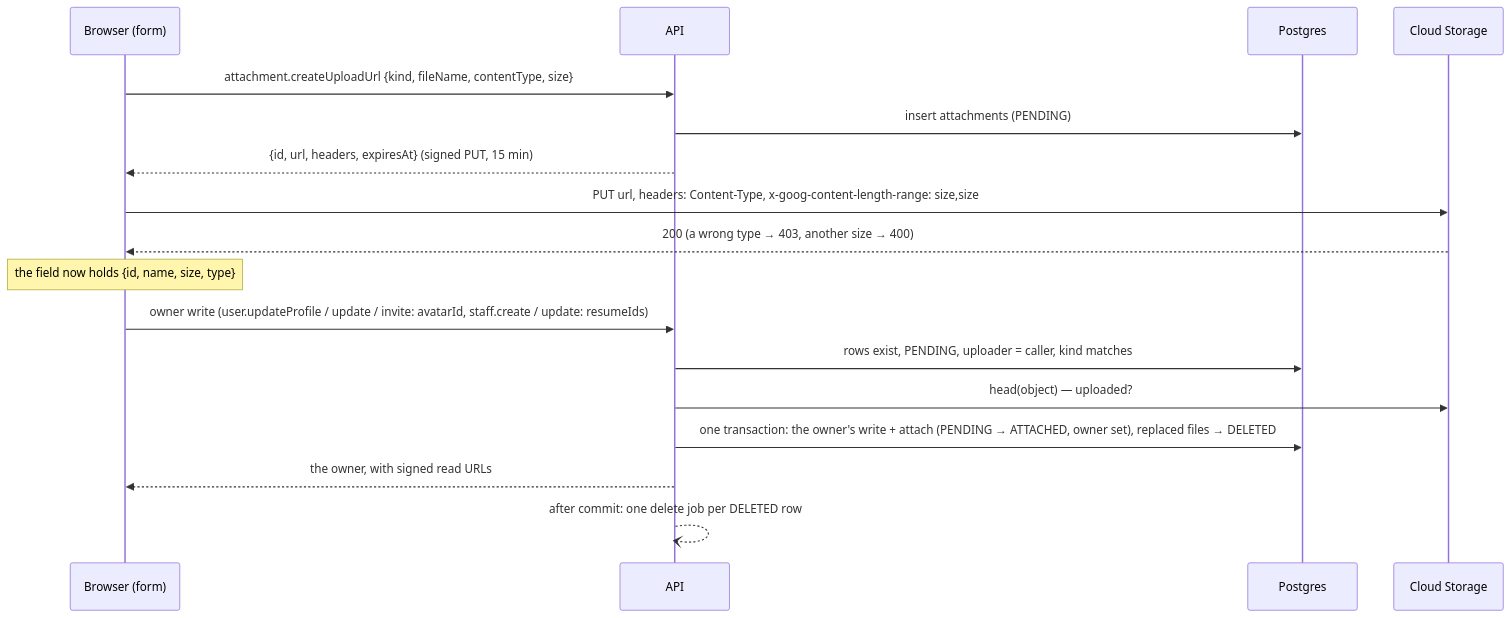
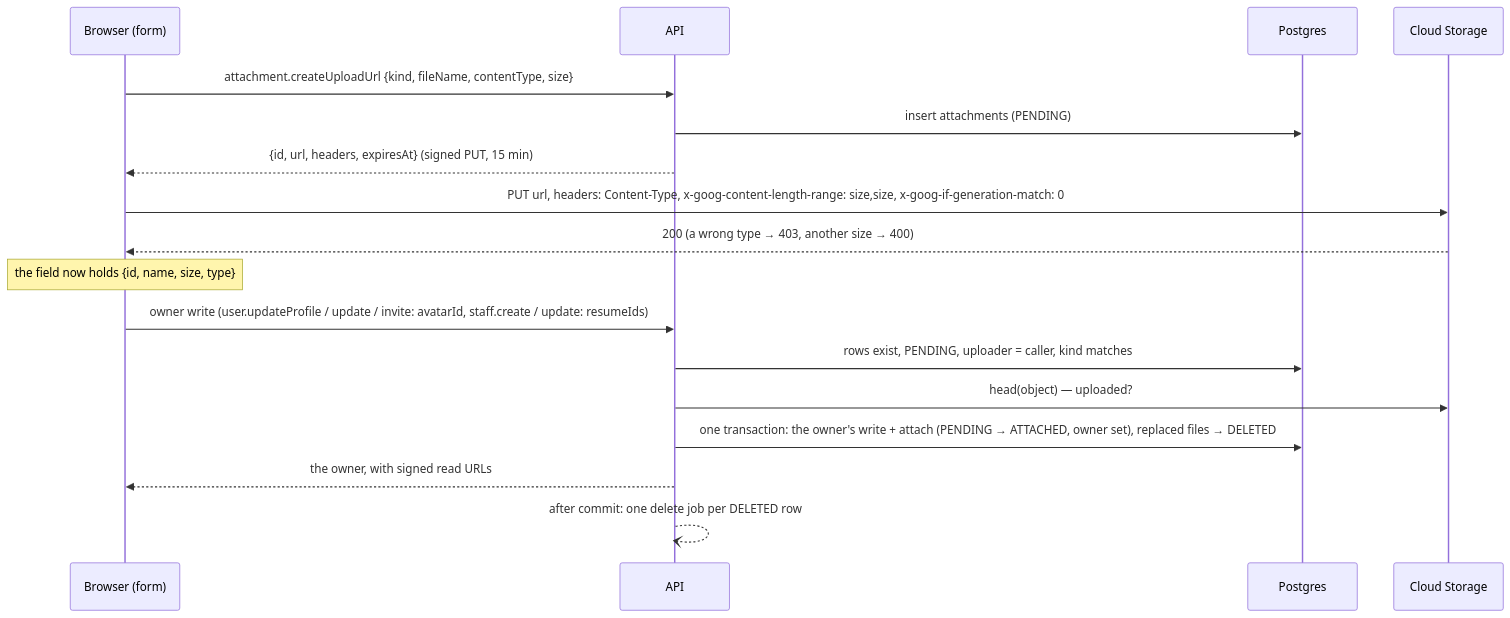
Before and after one commit to tabmyagmar/d-round: the diagram in docs/attachments.md, drawn with Mermaid. The commit also changed other lines of this file and 4 other files, not shown here.

````diff
--- a/docs/attachments.md
+++ b/docs/attachments.md
@@ -28,19 +28,19 @@
 ```mermaid
 sequenceDiagram
     participant B as Browser (form)
     participant A as API
     participant DB as Postgres
     participant G as Cloud Storage
     B->>A: attachment.createUploadUrl {kind, fileName, contentType, size}
     A->>DB: insert attachments (PENDING)
     A-->>B: {id, url, headers, expiresAt} (signed PUT, 15 min)
-    B->>G: PUT url, headers: Content-Type, x-goog-content-length-range: size,size
+    B->>G: PUT url, headers: Content-Type, x-goog-content-length-range: size,size, x-goog-if-generation-match: 0
     G-->>B: 200 (a wrong type → 403, another size → 400)
     Note over B: the field now holds {id, name, size, type}
     B->>A: owner write (user.updateProfile / update / invite: avatarId, staff.create / update: resumeIds)
     A->>DB: rows exist, PENDING, uploader = caller, kind matches
     A->>G: head(object) — uploaded?
     A->>DB: one transaction: the owner's write + attach (PENDING → ATTACHED, owner set), replaced files → DELETED
     A-->>B: the owner, with signed read URLs
     A--)A: after commit: one delete job per DELETED row
 ```
````
